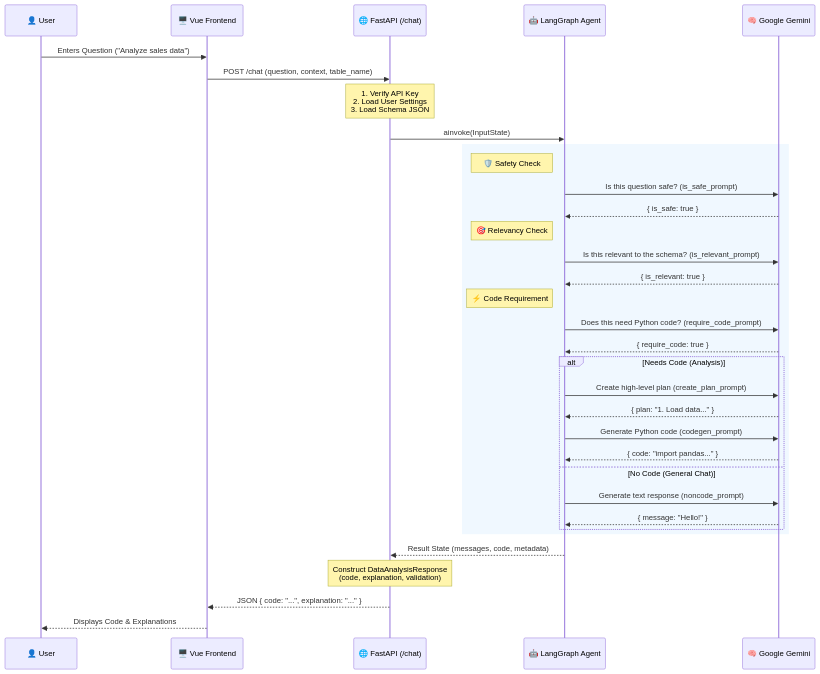
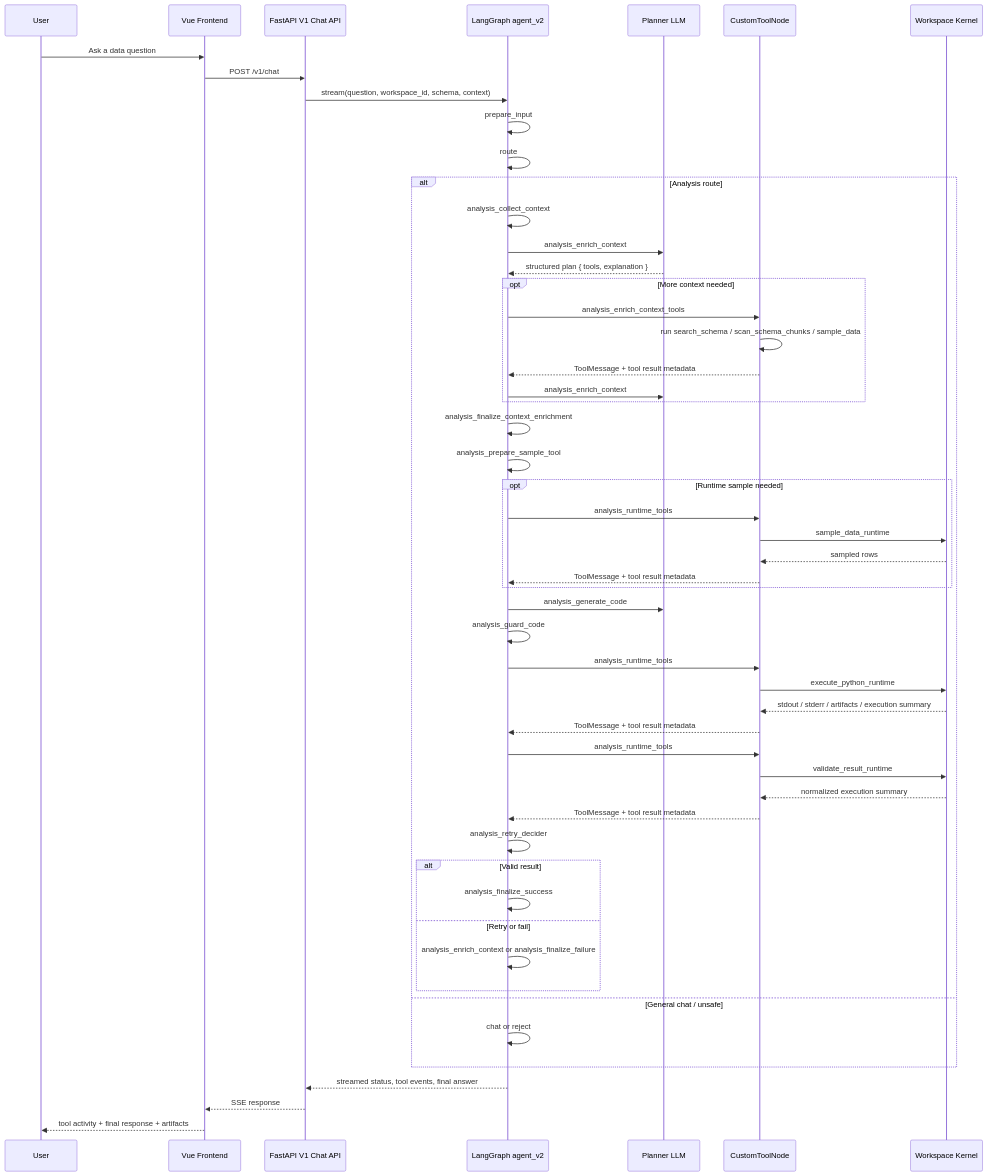
The first of 2 diagrams in docs/workflow_diagram.md (adarsh9780/inquira-ce), drawn with Mermaid before and after one commit. The commit also changed other lines of this file and 4 other files, not shown here.

First line of the commit message:
docs(agent): refresh architecture and workflow documentation

````diff
--- a/docs/workflow_diagram.md
+++ b/docs/workflow_diagram.md
@@ -7,47 +7,65 @@
 ```mermaid
 sequenceDiagram
-    participant User as 👤 User
-    participant Frontend as 🖥️ Vue Frontend
-    participant API as 🌐 FastAPI (/chat)
-    participant Agent as 🤖 LangGraph Agent
-    participant LLM as 🧠 Google Gemini
+    participant User as User
+    participant Frontend as Vue Frontend
+    participant API as FastAPI V1 Chat API
+    participant Agent as LangGraph agent_v2
+    participant Planner as Planner LLM
+    participant ToolExec as CustomToolNode
+    participant Kernel as Workspace Kernel
 
-    User->>Frontend: Enters Question ("Analyze sales data")
-    Frontend->>API: POST /chat (question, context, table_name)
-    
-    Note over API: 1. Verify API Key<br/>2. Load User Settings<br/>3. Load Schema JSON
+    User->>Frontend: Ask a data question
+    Frontend->>API: POST /v1/chat
+    API->>Agent: stream(question, workspace_id, schema, context)
 
-    API->>Agent: ainvoke(InputState)
-    
-    rect rgb(240, 248, 255)
-        Note left of Agent: 🛡️ Safety Check
-        Agent->>LLM: Is this question safe? (is_safe_prompt)
-        LLM-->>Agent: { is_safe: true }
-        
-        Note left of Agent: 🎯 Relevancy Check
-        Agent->>LLM: Is this relevant to the schema? (is_relevant_prompt)
-        LLM-->>Agent: { is_relevant: true }
-        
-        Note left of Agent: ⚡ Code Requirement
-        Agent->>LLM: Does this need Python code? (require_code_prompt)
-        LLM-->>Agent: { require_code: true }
-        
-        alt Needs Code (Analysis)
-            Agent->>LLM: Create high-level plan (create_plan_prompt)
-            LLM-->>Agent: { plan: "1. Load data..." }
-            
-            Agent->>LLM: Generate Python code (codegen_prompt)
-            LLM-->>Agent: { code: "import pandas..." }
-        else No Code (General Chat)
-            Agent->>LLM: Generate text response (noncode_prompt)
-            LLM-->>Agent: { message: "Hello!" }
+    Agent->>Agent: prepare_input
+    Agent->>Agent: route
+
+    alt Analysis route
+        Agent->>Agent: analysis_collect_context
+        Agent->>Planner: analysis_enrich_context
+        Planner-->>Agent: structured plan { tools, explanation }
+
+        opt More context needed
+            Agent->>ToolExec: analysis_enrich_context_tools
+            ToolExec->>ToolExec: run search_schema / scan_schema_chunks / sample_data
+            ToolExec-->>Agent: ToolMessage + tool result metadata
+            Agent->>Planner: analysis_enrich_context
         end
+
+        Agent->>Agent: analysis_finalize_context_enrichment
+        Agent->>Agent: analysis_prepare_sample_tool
+
+        opt Runtime sample needed
+            Agent->>ToolExec: analysis_runtime_tools
+            ToolExec->>Kernel: sample_data_runtime
+            Kernel-->>ToolExec: sampled rows
+            ToolExec-->>Agent: ToolMessage + tool result metadata
+        end
+
+        Agent->>Planner: analysis_generate_code
+        Agent->>Agent: analysis_guard_code
+        Agent->>ToolExec: analysis_runtime_tools
+        ToolExec->>Kernel: execute_python_runtime
+        Kernel-->>ToolExec: stdout / stderr / artifacts / execution summary
+        ToolExec-->>Agent: ToolMessage + tool result metadata
+
+        Agent->>ToolExec: analysis_runtime_tools
+        ToolExec->>Kernel: validate_result_runtime
+        Kernel-->>ToolExec: normalized execution summary
+        ToolExec-->>Agent: ToolMessage + tool result metadata
+
+        Agent->>Agent: analysis_retry_decider
+        alt Valid result
+            Agent->>Agent: analysis_finalize_success
+        else Retry or fail
+            Agent->>Agent: analysis_enrich_context or analysis_finalize_failure
+        end
+    else General chat / unsafe
+        Agent->>Agent: chat or reject
     end
 
-    Agent-->>API: Result State (messages, code, metadata)
-    
-    Note over API: Construct DataAnalysisResponse<br/>(code, explanation, validation)
-
-    API-->>Frontend: JSON { code: "...", explanation: "..." }
-    Frontend-->>User: Displays Code & Explanations
+    Agent-->>API: streamed status, tool events, final answer
+    API-->>Frontend: SSE response
+    Frontend-->>User: tool activity + final response + artifacts
 ```
````
